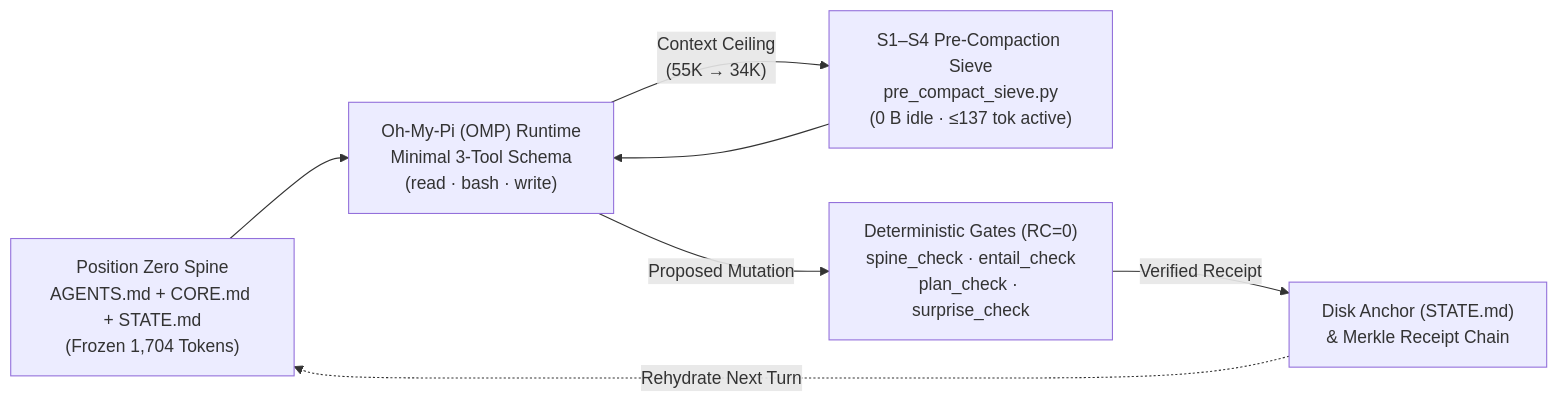
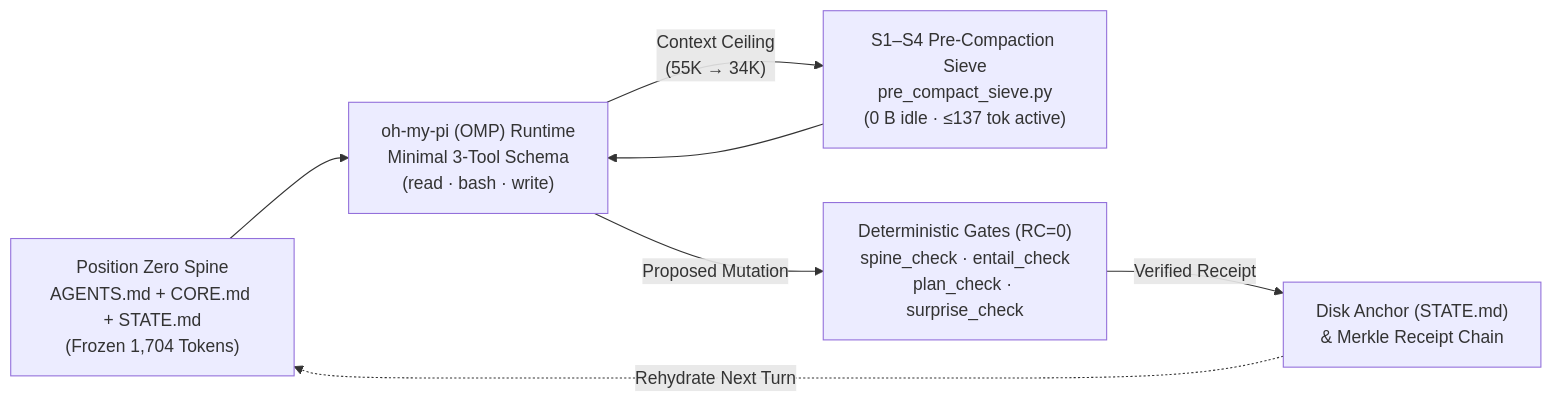
The diagram in README.md (spoon-t8i/omp-governance-scaffold), drawn with Mermaid before and after one commit. The commit also changed other lines of this file, not shown here.

````diff
--- a/README.md
+++ b/README.md
@@ -38,9 +64,9 @@
 ```mermaid
 flowchart LR
-    P0["Position Zero Spine<br/>AGENTS.md + CORE.md + STATE.md<br/>(Frozen 1,704 Tokens)"] --> OMP["Oh-My-Pi (OMP) Runtime<br/>Minimal 3-Tool Schema<br/>(read · bash · write)"]
+    P0["Position Zero Spine<br/>AGENTS.md + CORE.md + STATE.md<br/>(Frozen 1,704 Tokens)"] --> OMP["oh-my-pi (OMP) Runtime<br/>Minimal 3-Tool Schema<br/>(read · bash · write)"]
     OMP -->|"Context Ceiling<br/>(55K → 34K)"| SIEVE["S1–S4 Pre-Compaction Sieve<br/>pre_compact_sieve.py<br/>(0 B idle · ≤137 tok active)"]
     SIEVE --> OMP
     OMP -->|"Proposed Mutation"| GATES["Deterministic Gates (RC=0)<br/>spine_check · entail_check<br/>plan_check · surprise_check"]
     GATES -->|"Verified Receipt"| STATE["Disk Anchor (STATE.md)<br/>& Merkle Receipt Chain"]
     STATE -.->|"Rehydrate Next Turn"| P0
 ```
````
